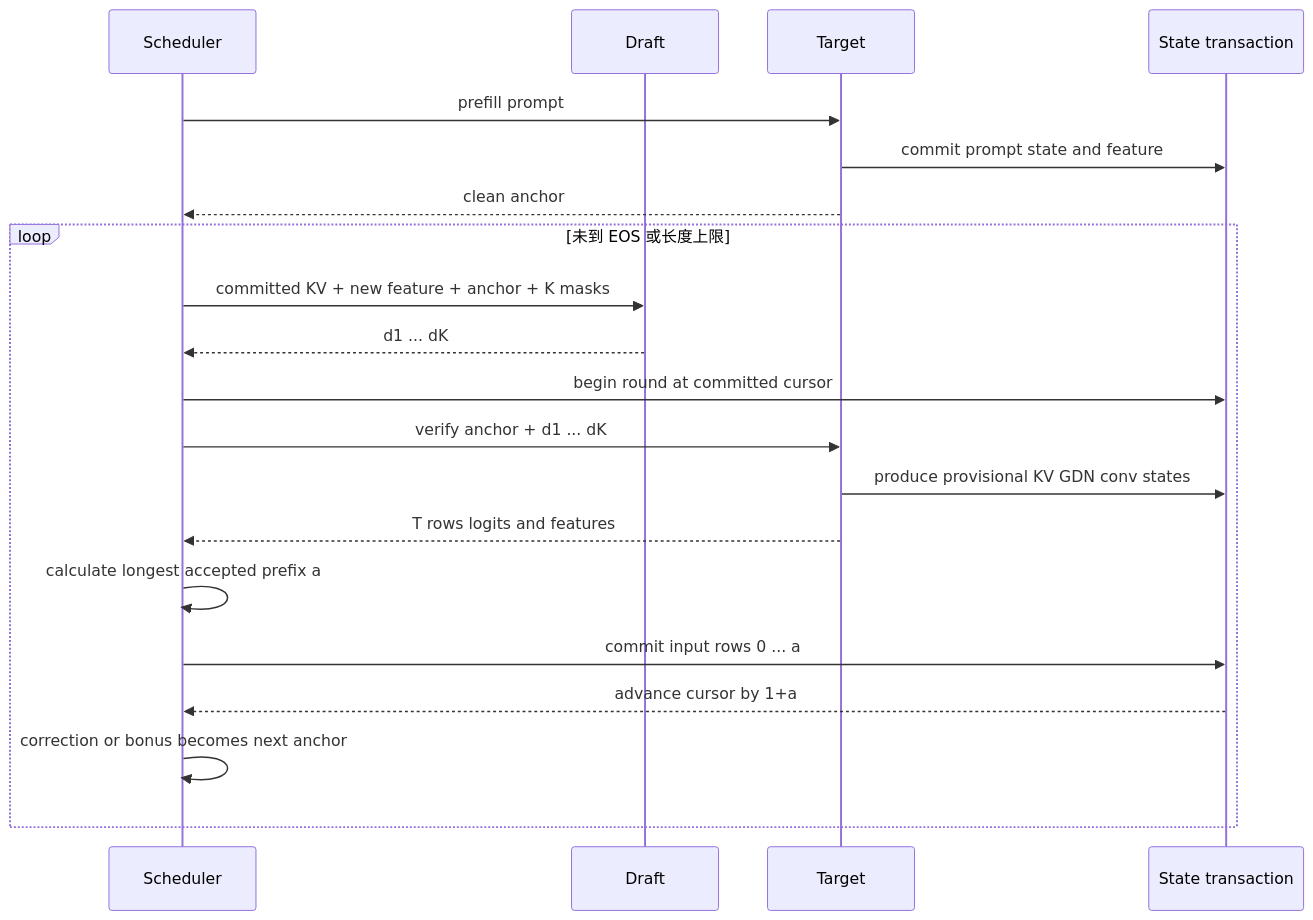
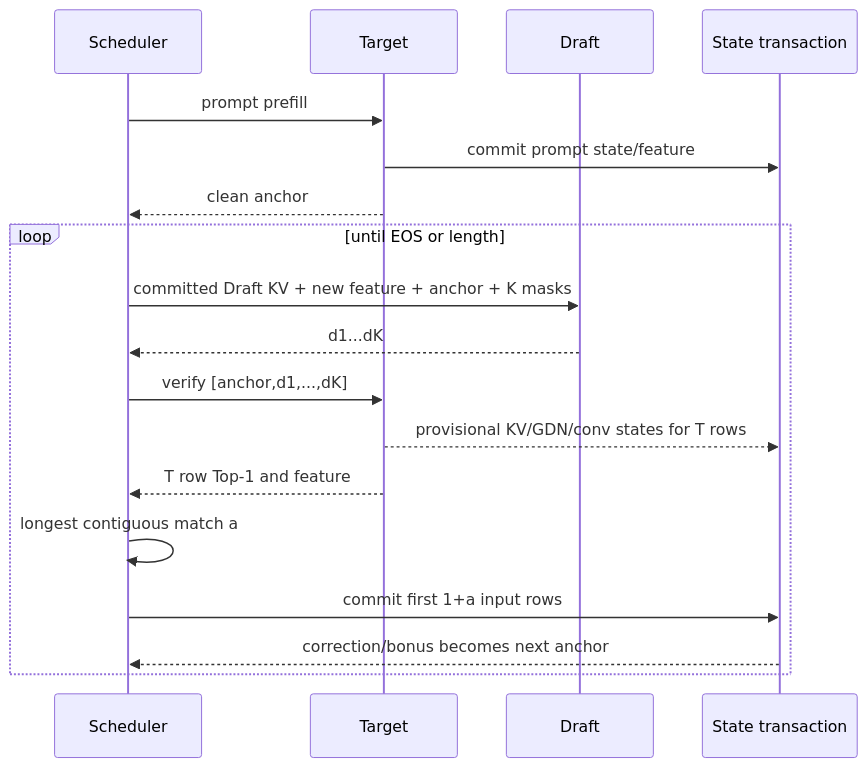
The diagram in docs/DFLASH_ARCHITECTURE.md (day8reak/qwen3.5-4B-dflash), drawn with Mermaid before and after one commit. The commit also changed other lines of this file and 6 other files, not shown here.

Commit message:
docs: consolidate quant DFlash architecture and operator roadmap

````diff
--- a/docs/DFLASH_ARCHITECTURE.md
+++ b/docs/DFLASH_ARCHITECTURE.md
@@ -242,24 +61,21 @@
-~~~mermaid
+```mermaid
 sequenceDiagram
     participant S as Scheduler
+    participant T as Target
     participant D as Draft
-    participant T as Target
     participant X as State transaction
 
-    S->>T: prefill prompt
-    T->>X: commit prompt state and feature
+    S->>T: prompt prefill
+    T->>X: commit prompt state/feature
     T-->>S: clean anchor
-
-    loop 未到 EOS 或长度上限
-        S->>D: committed KV + new feature + anchor + K masks
-        D-->>S: d1 ... dK
-        S->>X: begin round at committed cursor
-        S->>T: verify anchor + d1 ... dK
-        T->>X: produce provisional KV GDN conv states
-        T-->>S: T rows logits and features
-        S->>S: calculate longest accepted prefix a
-        S->>X: commit input rows 0 ... a
-        X-->>S: advance cursor by 1+a
-        S->>S: correction or bonus becomes next anchor
+    loop until EOS or length
+        S->>D: committed Draft KV + new feature + anchor + K masks
+        D-->>S: d1...dK
+        S->>T: verify [anchor,d1,...,dK]
+        T-->>X: provisional KV/GDN/conv states for T rows
+        T-->>S: T row Top-1 and feature
+        S->>S: longest contiguous match a
+        S->>X: commit first 1+a input rows
+        X-->>S: correction/bonus becomes next anchor
     end
-~~~
+```
````
